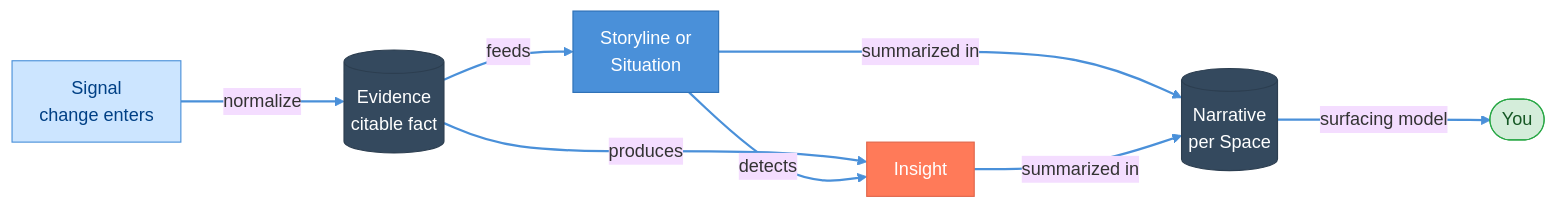
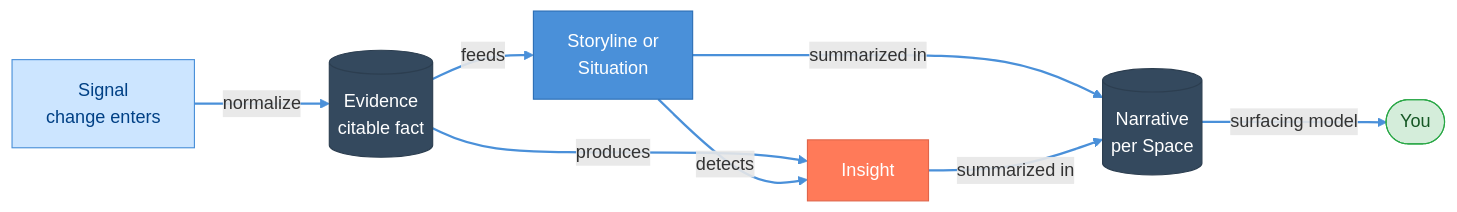
Before and after one commit to alex-oleshkevich/dailydrift: the second of 5 diagrams in specs/how-it-works.md, drawn with Mermaid. The commit also changed other lines of this file and 44 other files, not shown here.

````diff
--- a/specs/how-it-works.md
+++ b/specs/how-it-works.md
@@ -66,23 +65,22 @@
 ```mermaid
-%%{init: {'theme': 'base', 'themeVariables': {'fontSize': '16px'}, 'flowchart': {'nodeSpacing': 60, 'rankSpacing': 75, 'padding': 12}}}%%
 flowchart LR
-    SIG["Signal\nchange enters"]:::process
-    EV[("Evidence\ncitable fact")]:::store
-    ST["Storyline or\nSituation"]:::app
+    SIG["Signal<br/>change enters"]:::process
+    EV[("Evidence<br/>citable fact")]:::store
+    ST["Storyline or<br/>Situation"]:::app
     INS["Insight"]:::secondary
-    NAR[("Narrative\nper Space")]:::store
+    NAR[("Narrative<br/>per Space")]:::store
     OUT(["You"]):::success
     SIG -->|"normalize"| EV
     EV -->|"feeds"| ST
     EV -->|"produces"| INS
     ST -->|"detects"| INS
     ST -->|"summarized in"| NAR
     INS -->|"summarized in"| NAR
     NAR -->|"surfacing model"| OUT
     classDef process fill:#CCE5FF,stroke:#4A90D9,color:#004085
     classDef app fill:#4A90D9,stroke:#2C6FB5,color:#fff
     classDef store fill:#34495E,stroke:#2C3E50,color:#fff
     classDef secondary fill:#FF7A59,stroke:#E0654A,color:#fff
     classDef success fill:#D4EDDA,stroke:#28A745,color:#155724
     linkStyle default stroke:#4A90D9,stroke-width:2px
 ```
````
